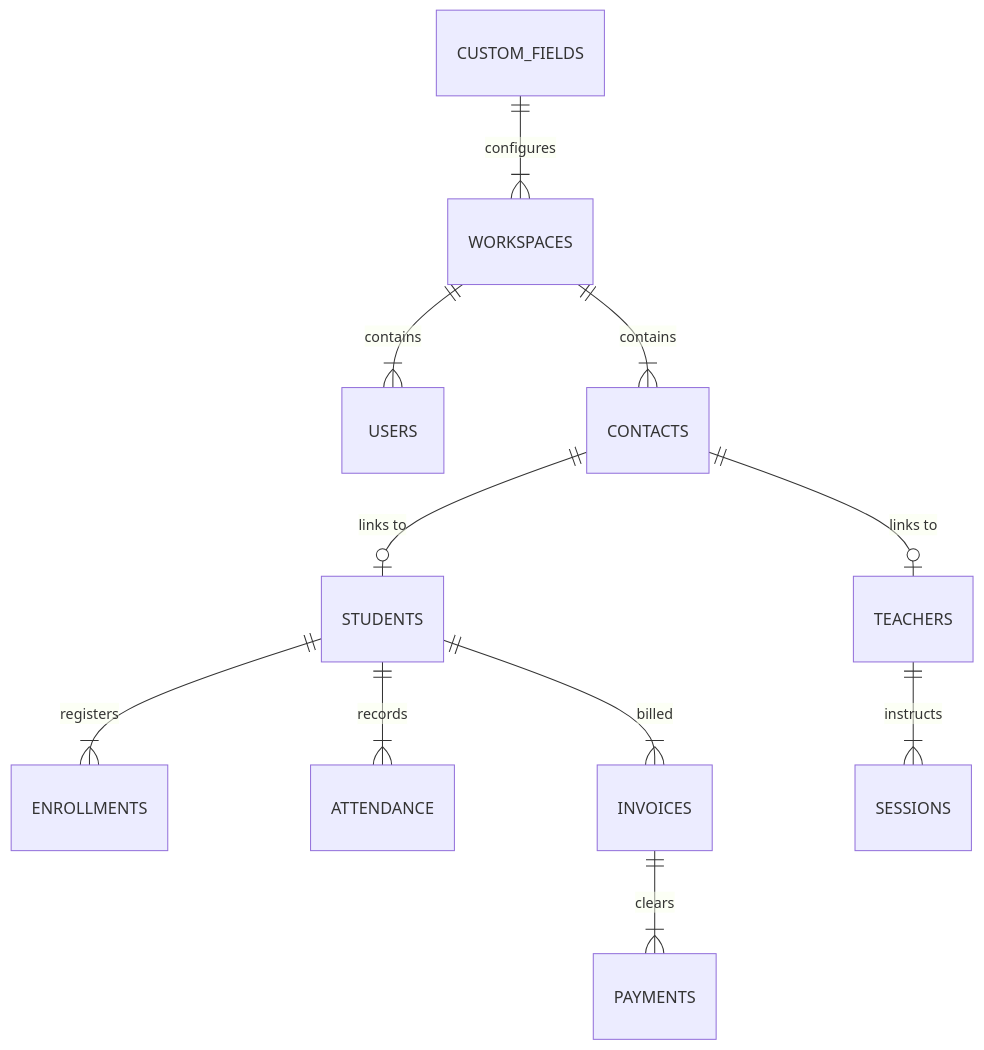
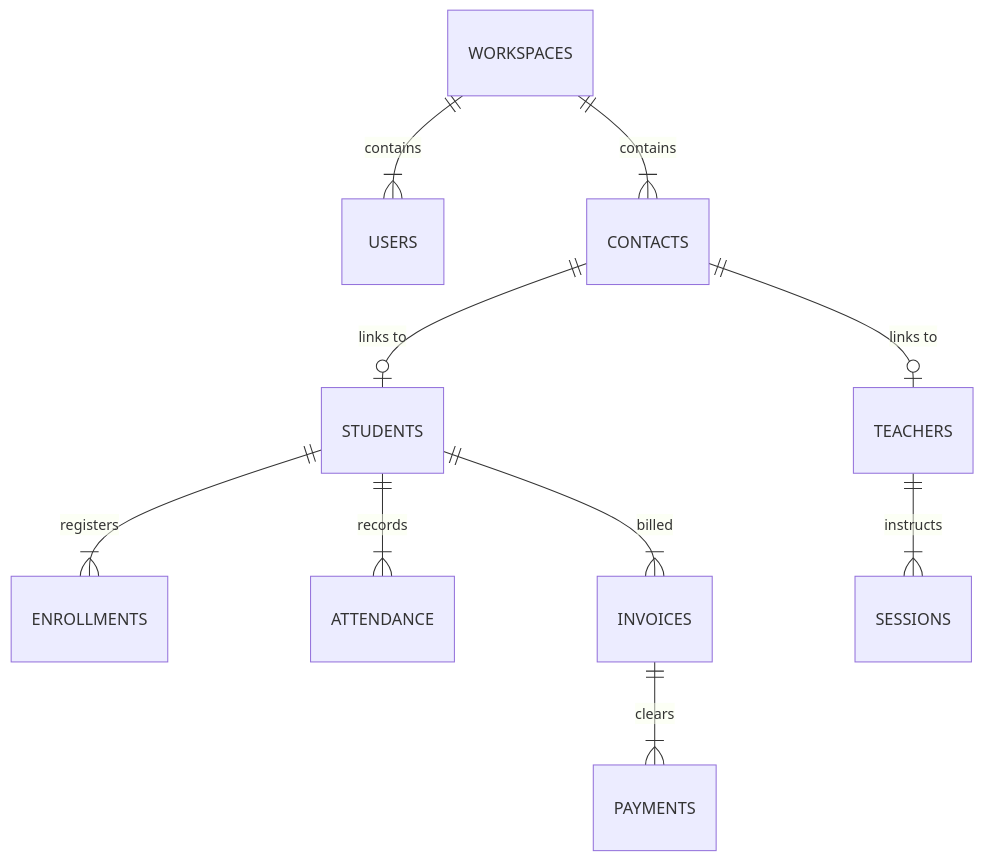
The diagram in Platform.md (TechMireSolutions/mms), drawn with Mermaid before and after one commit. The commit also changed other lines of this file and 195 other files, not shown here.

````diff
--- a/Platform.md
+++ b/Platform.md
@@ -217,13 +217,12 @@
 ```mermaid
 erDiagram
     WORKSPACES ||--|{ USERS : contains
     WORKSPACES ||--|{ CONTACTS : contains
     CONTACTS ||--o| STUDENTS : "links to"
     CONTACTS ||--o| TEACHERS : "links to"
     STUDENTS ||--|{ ENROLLMENTS : registers
     TEACHERS ||--|{ SESSIONS : instructs
     STUDENTS ||--|{ ATTENDANCE : records
     STUDENTS ||--|{ INVOICES : billed
     INVOICES ||--|{ PAYMENTS : clears
-    CUSTOM_FIELDS ||--|{ WORKSPACES : configures
 ```
````
